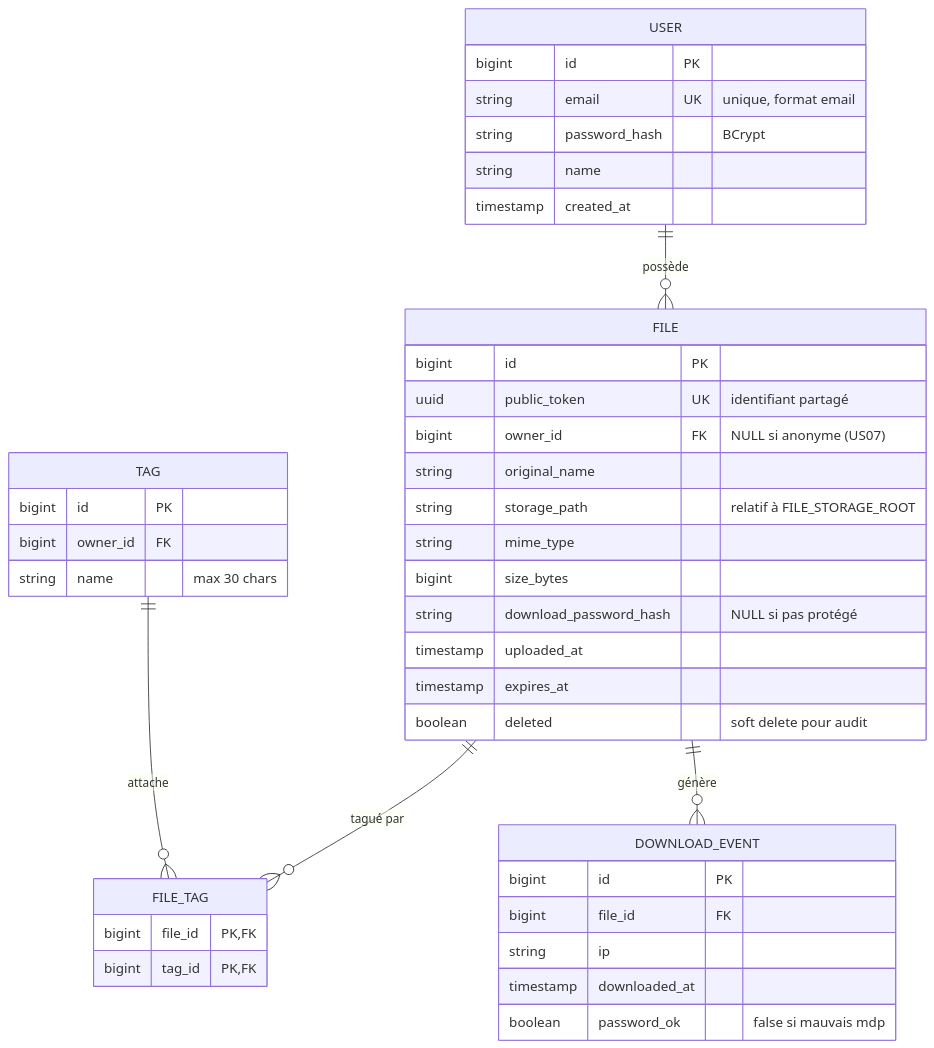
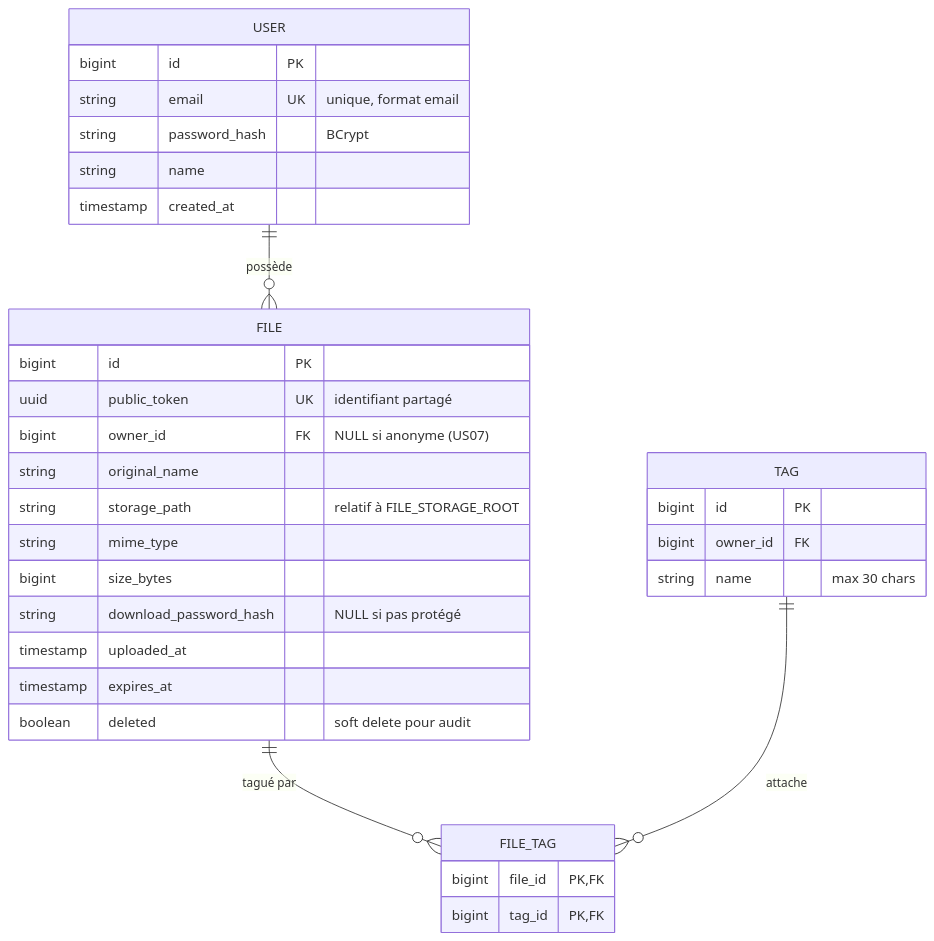
Before and after one commit to ttaourirt/datashare-mvp: the diagram in docs/02-data-model.md, drawn with Mermaid. The commit also changed other lines of this file and 19 other files, not shown here.

````diff
--- a/docs/02-data-model.md
+++ b/docs/02-data-model.md
@@ -5,48 +5,39 @@
 ```mermaid
 erDiagram
     USER ||--o{ FILE : "possède"
     FILE ||--o{ FILE_TAG : "tagué par"
     TAG  ||--o{ FILE_TAG : "attache"
-    FILE ||--o{ DOWNLOAD_EVENT : "génère"
 
     USER {
         bigint id PK
         string email UK "unique, format email"
         string password_hash "BCrypt"
         string name
         timestamp created_at
     }
 
     FILE {
         bigint id PK
         uuid public_token UK "identifiant partagé"
         bigint owner_id FK "NULL si anonyme (US07)"
         string original_name
         string storage_path "relatif à FILE_STORAGE_ROOT"
         string mime_type
         bigint size_bytes
         string download_password_hash "NULL si pas protégé"
         timestamp uploaded_at
         timestamp expires_at
         boolean deleted "soft delete pour audit"
     }
 
     TAG {
         bigint id PK
         bigint owner_id FK
         string name "max 30 chars"
     }
 
     FILE_TAG {
         bigint file_id PK, FK
         bigint tag_id PK, FK
     }
-
-    DOWNLOAD_EVENT {
-        bigint id PK
-        bigint file_id FK
-        string ip
-        timestamp downloaded_at
-        boolean password_ok "false si mauvais mdp"
-    }
 ```
````
